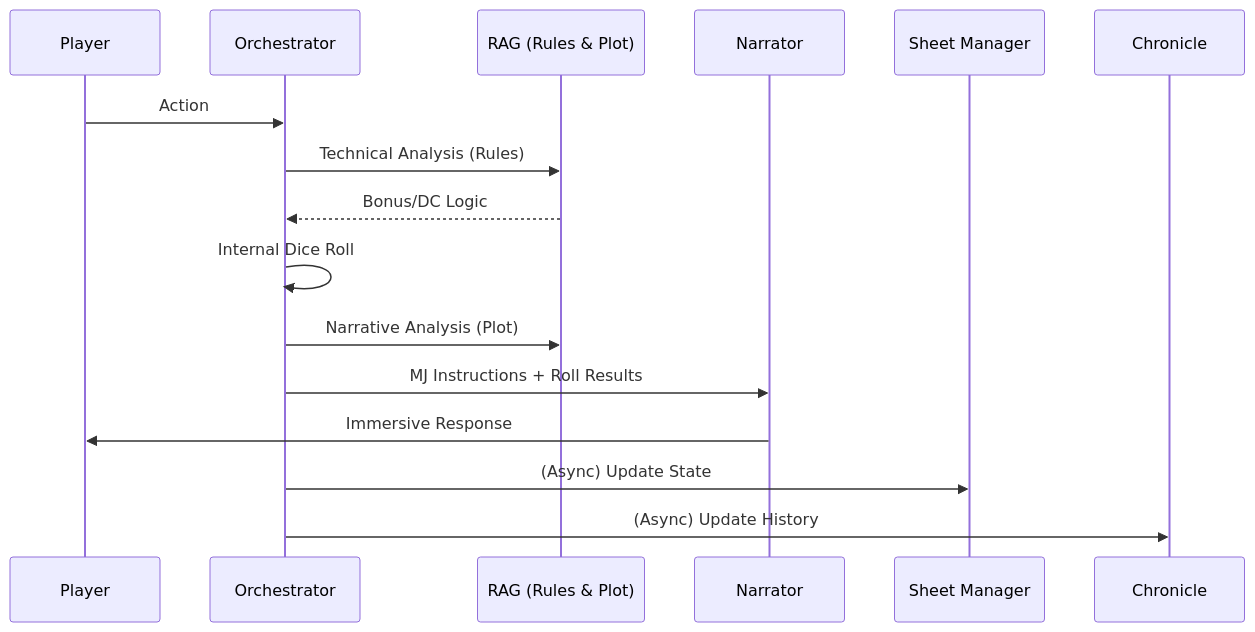
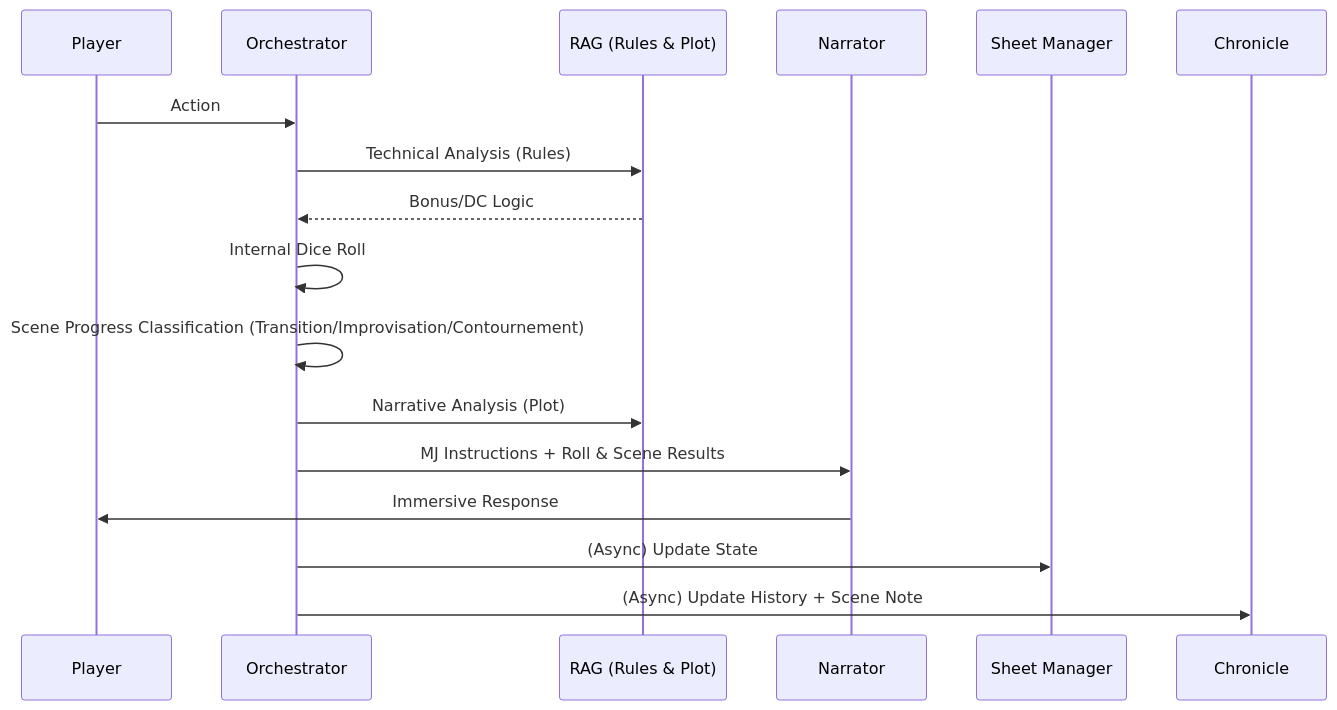
Before and after one commit to Papoulos/Oracle: the third of 3 diagrams in README.md, drawn with Mermaid. The commit also changed other lines of this file, not shown here.

First line of the commit message:
docs: update README with SceneGraphAgent details and diagram flows

````diff
--- a/README.md
+++ b/README.md
@@ -82,19 +92,20 @@
 ```mermaid
 sequenceDiagram
     participant Player
     participant Orch as Orchestrator
     participant RAG as RAG (Rules & Plot)
     participant Narr as Narrator
     participant SM as Sheet Manager
     participant Chron as Chronicle
 
     Player->>Orch: Action
     Orch->>RAG: Technical Analysis (Rules)
     RAG-->>Orch: Bonus/DC Logic
     Orch->>Orch: Internal Dice Roll
+    Orch->>Orch: Scene Progress Classification (Transition/Improvisation/Contournement)
     Orch->>RAG: Narrative Analysis (Plot)
-    Orch->>Narr: MJ Instructions + Roll Results
+    Orch->>Narr: MJ Instructions + Roll & Scene Results
     Narr->>Player: Immersive Response
     Orch->>SM: (Async) Update State
-    Orch->>Chron: (Async) Update History
+    Orch->>Chron: (Async) Update History + Scene Note
 ```
````
